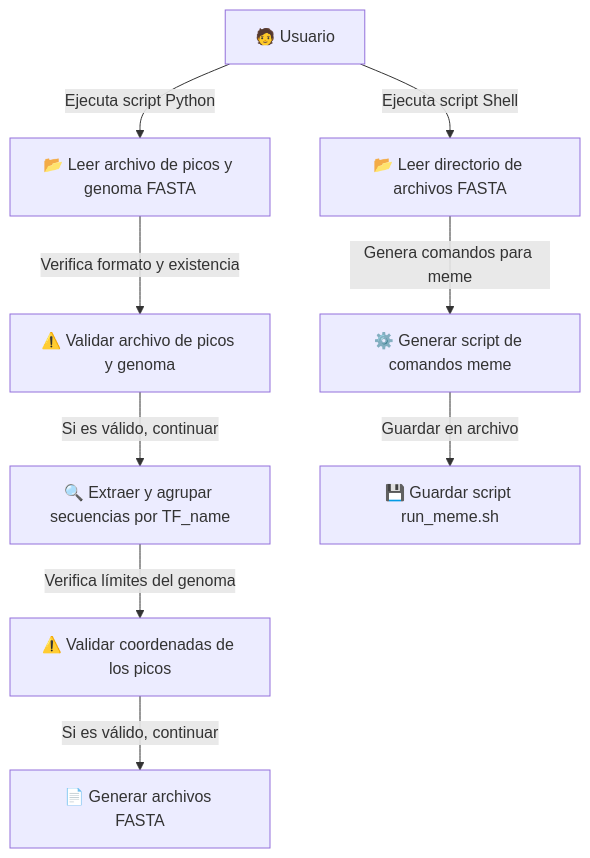
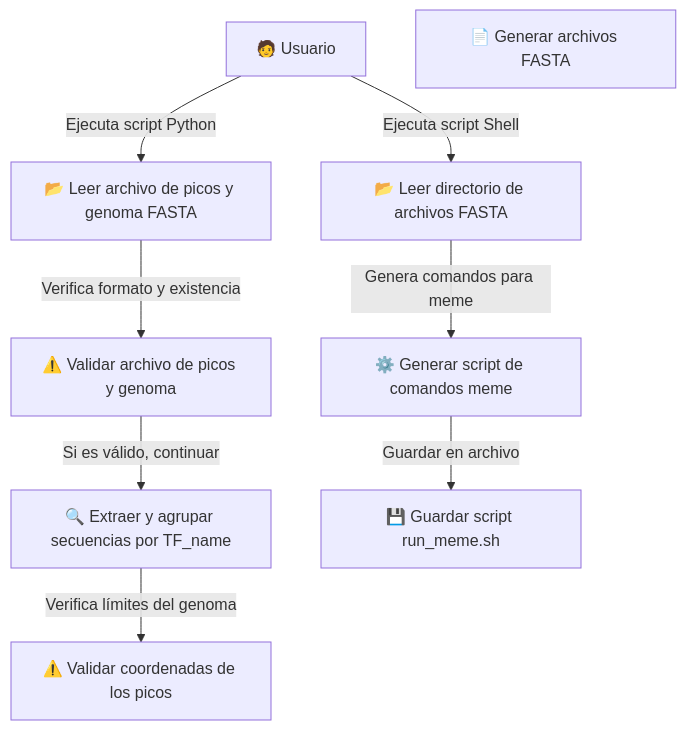
The diagram in docs/detalles_proyecto.md (mateomics/peak_analysis_AleCC), drawn with Mermaid before and after one commit.

Commit message:
Cambio a mi mermaid

````diff
--- a/docs/detalles_proyecto.md
+++ b/docs/detalles_proyecto.md
@@ -228,17 +228,17 @@
 ```mermaid
 %% Diagrama de Casos de Uso en Mermaid
 %% Representa la interacción del usuario con el sistema de extracción y análisis de secuencias FASTA
 
 graph TD
   usuario["🧑 Usuario"] -->|Ejecuta script Python| UC1["📂 Leer archivo de picos y genoma FASTA"]
   UC1 -->|Verifica formato y existencia| UC1a["⚠️ Validar archivo de picos y genoma"]
   UC1a -->|Si es válido, continuar| UC2["🔍 Extraer y agrupar secuencias por TF_name"]
 
   UC2 -->|Verifica límites del genoma| UC2a["⚠️ Validar coordenadas de los picos"]
-  UC2a -->|Si es válido, continuar| UC3["📄 Generar archivos FASTA"]
+  UC3["📄 Generar archivos FASTA"]
   
   usuario -->|Ejecuta script Shell| UC4["📂 Leer directorio de archivos FASTA"]
   UC4 -->|Genera comandos para meme| UC5["⚙️ Generar script de comandos meme"]
   UC5 -->|Guardar en archivo| UC6["💾 Guardar script run_meme.sh"]
 
 ```
````
